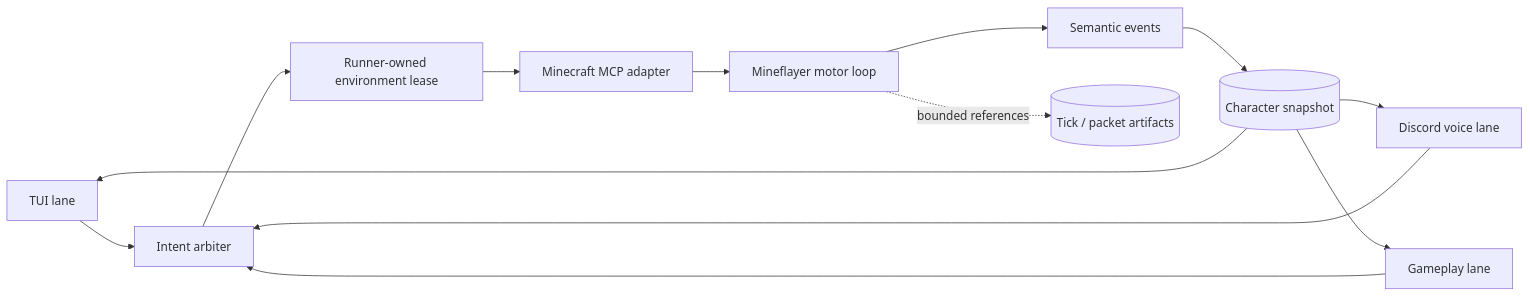
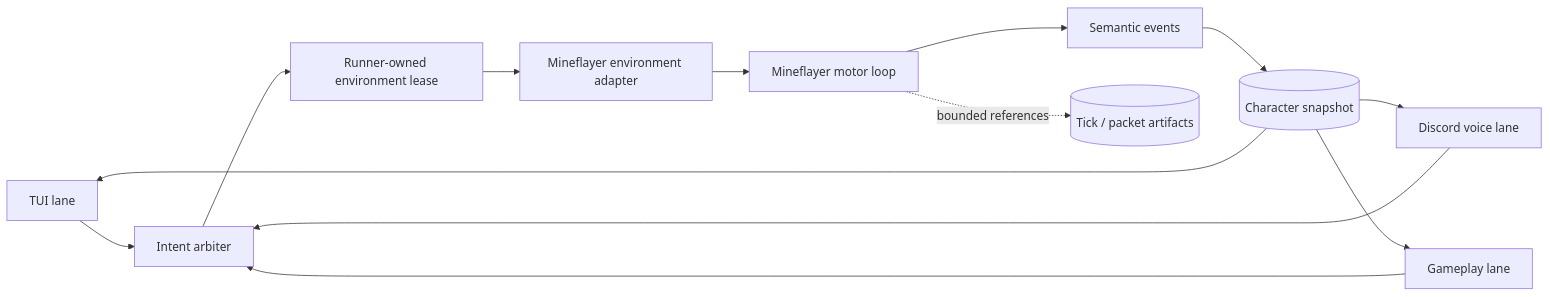
One commit to Volpestyle/clankie changed the first of 3 diagrams in docs/01-architecture.md. Above: the diagram before and after it, drawn with Mermaid. The commit also changed other lines of this file and 165 other files, not shown here.

````diff
--- a/docs/01-architecture.md
+++ b/docs/01-architecture.md
@@ -59,15 +59,15 @@
 ```mermaid
 flowchart LR
   T[TUI lane] --> I[Intent arbiter]
   V[Discord voice lane] --> I
   G[Gameplay lane] --> I
   C[(Character snapshot)] --> T
   C --> V
   C --> G
   I --> L[Runner-owned environment lease]
-  L --> M[Minecraft MCP adapter]
+  L --> M[Mineflayer environment adapter]
   M --> B[Mineflayer motor loop]
   B --> E[Semantic events]
   E --> C
   B -. bounded references .-> A[(Tick / packet artifacts)]
 ```
````
